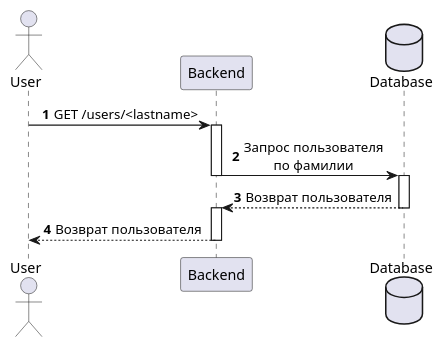
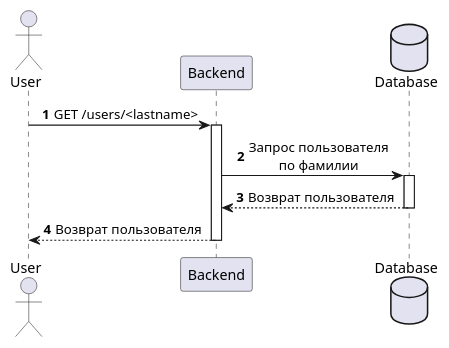
The diagram in docs/endpoints/users/get_by_surname.puml (LuchnikKek/Test_assignment), drawn with PlantUML before and after one commit. The commit also changed 1 other file, not shown here.

Commit message:
Исправлен span Backend

```diff
--- a/docs/endpoints/users/get_by_surname.puml
+++ b/docs/endpoints/users/get_by_surname.puml
@@ -1,15 +1,15 @@
 @startuml
 actor       User
 participant Backend
 database    Database
 
 autonumber
 skinparam DefaultTextAlignment center
 skinparam maxMessageSize 150
 
 User        -> Backend      ++ : GET /users/<lastname>
-Backend     -> Database     --++ : Запрос пользователя по фамилии
-Database    --> Backend     --++ : Возврат пользователя
+Backend     -> Database     ++ : Запрос пользователя по фамилии
+Database    --> Backend     -- : Возврат пользователя
 Backend     --> User        -- : Возврат пользователя
 
 @enduml
```
